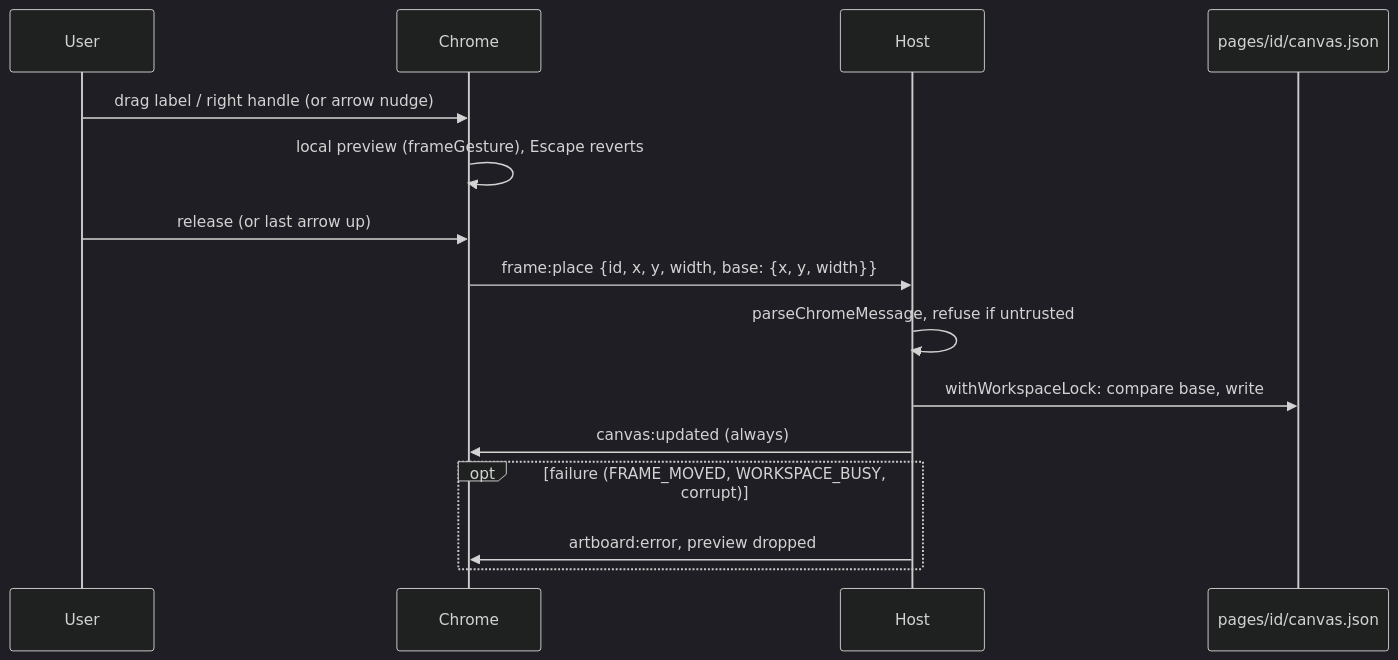
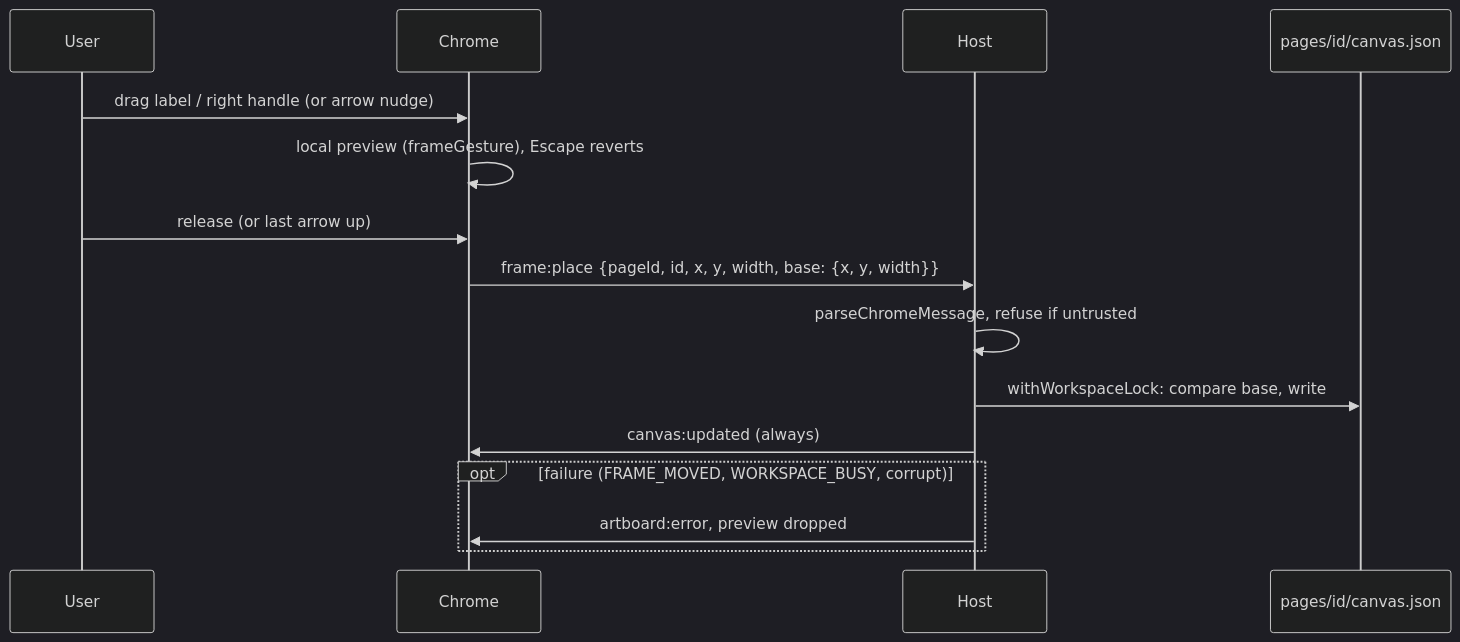
Before and after one commit to MarekBombera/cursor-design-extension: diagram 16 of 16 in blueprint/context/system-map.md, drawn with Mermaid (dark theme). The commit also changed other lines of this file and 60 other files, not shown here.

````diff
--- a/blueprint/context/system-map.md
+++ b/blueprint/context/system-map.md
@@ -879,17 +947,17 @@
 ```mermaid
 sequenceDiagram
   participant U as User
   participant C as Chrome
   participant H as Host
   participant D as pages/id/canvas.json
   U->>C: drag label / right handle (or arrow nudge)
   C->>C: local preview (frameGesture), Escape reverts
   U->>C: release (or last arrow up)
-  C->>H: frame:place {id, x, y, width, base: {x, y, width}}
+  C->>H: frame:place {pageId, id, x, y, width, base: {x, y, width}}
   H->>H: parseChromeMessage, refuse if untrusted
   H->>D: withWorkspaceLock: compare base, write
   H->>C: canvas:updated (always)
   opt failure (FRAME_MOVED, WORKSPACE_BUSY, corrupt)
     H->>C: artboard:error, preview dropped
   end
 ```
````
